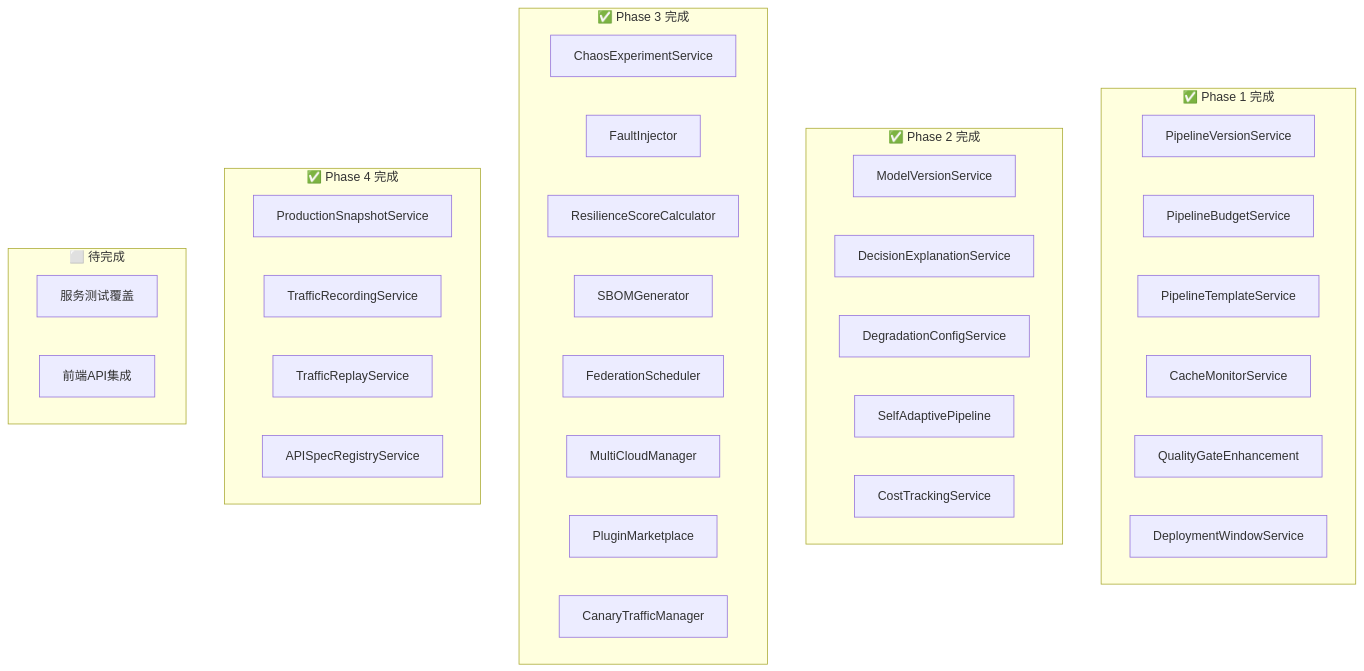
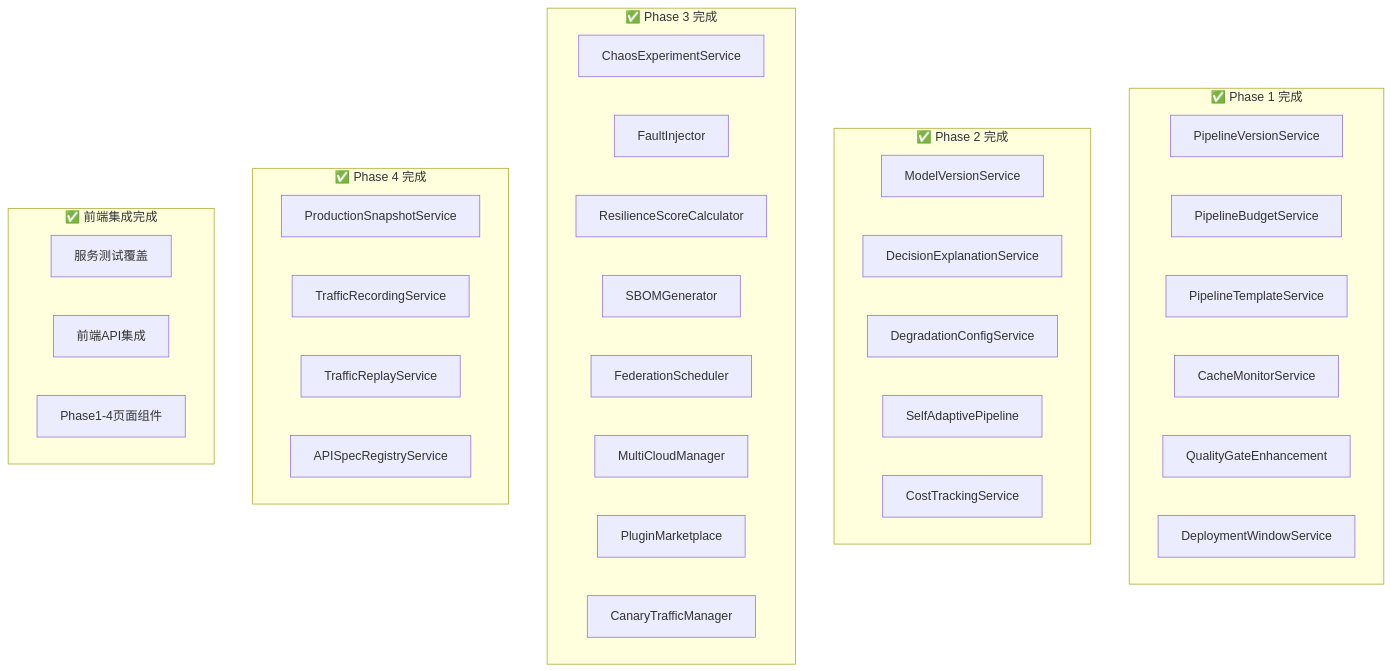
Before and after one commit to zyzheal/orion: the diagram in docs/superpowers/reviews/2026-05-05-implementation-summary.md, drawn with Mermaid. The commit also changed other lines of this file and 11 other files, not shown here.

````diff
--- a/docs/superpowers/reviews/2026-05-05-implementation-summary.md
+++ b/docs/superpowers/reviews/2026-05-05-implementation-summary.md
@@ -271,38 +275,39 @@
 ```mermaid
 graph TB
     subgraph "✅ Phase 1 完成"
         A1[PipelineVersionService]
         A2[PipelineBudgetService]
         A3[PipelineTemplateService]
         A4[CacheMonitorService]
         A5[QualityGateEnhancement]
         A6[DeploymentWindowService]
     end
     subgraph "✅ Phase 2 完成"
         B1[ModelVersionService]
         B2[DecisionExplanationService]
         B3[DegradationConfigService]
         B4[SelfAdaptivePipeline]
         B5[CostTrackingService]
     end
     subgraph "✅ Phase 3 完成"
         C1[ChaosExperimentService]
         C2[FaultInjector]
         C3[ResilienceScoreCalculator]
         C4[SBOMGenerator]
         C5[FederationScheduler]
         C6[MultiCloudManager]
         C7[PluginMarketplace]
         C8[CanaryTrafficManager]
     end
     subgraph "✅ Phase 4 完成"
         D1[ProductionSnapshotService]
         D2[TrafficRecordingService]
         D3[TrafficReplayService]
         D4[APISpecRegistryService]
     end
-    subgraph "⬜ 待完成"
+    subgraph "✅ 前端集成完成"
         E1[服务测试覆盖]
         E2[前端API集成]
+        E3[Phase1-4页面组件]
     end
 ```
````
